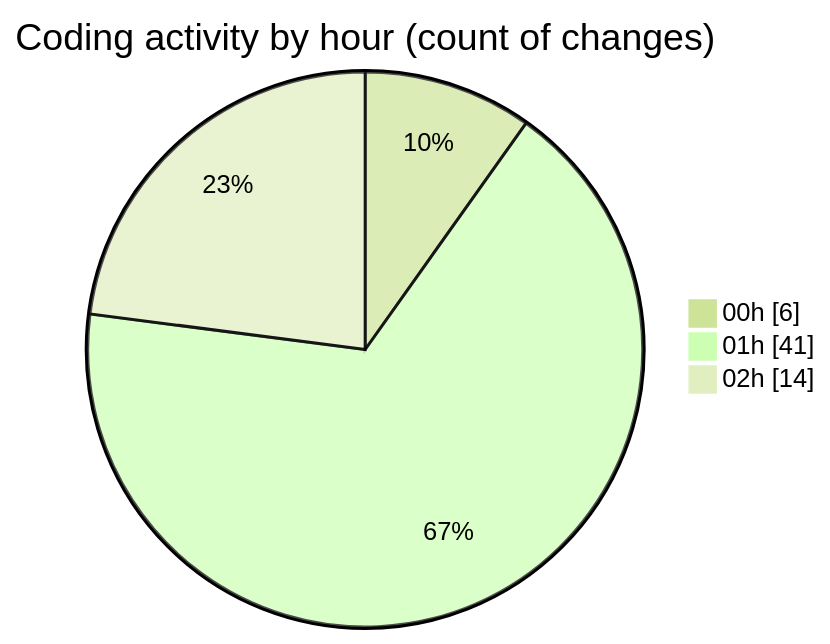
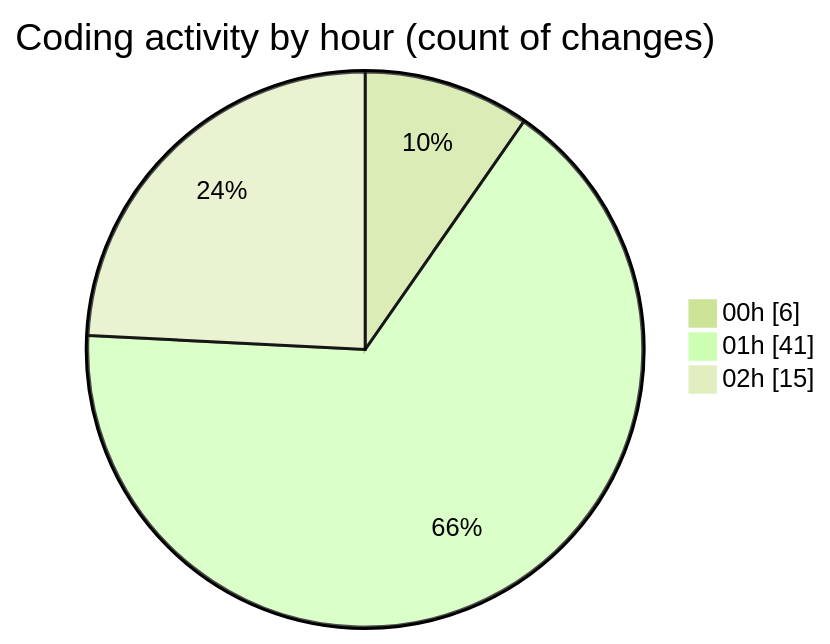
The second of 2 diagrams in 2025-06-22/archive/README.md (JenPaints/code-tracking), drawn with Mermaid (forest theme) before and after one commit. The commit also changed other lines of this file and 1 other file, not shown here.

````diff
--- a/2025-06-22/archive/README.md
+++ b/2025-06-22/archive/README.md
@@ -35,7 +35,7 @@
 ```mermaid
 pie showData
 title Coding activity by hour (count of changes)
 "00h" : 6
 "01h" : 41
-"02h" : 14
+"02h" : 15
 ```
````
